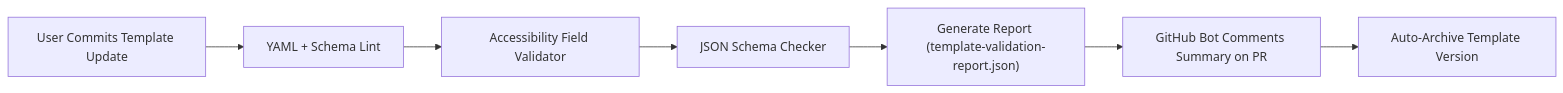
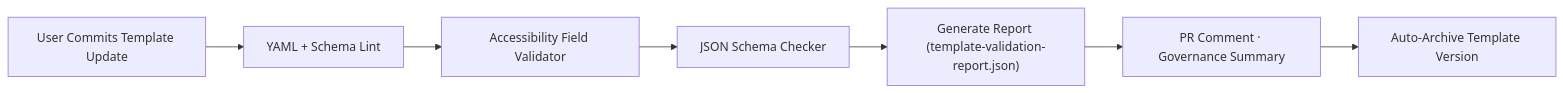
Before and after one commit to bartytime4life/Kansas-Frontier-Matrix: the third of 3 diagrams in docs/design/reviews/ui_components/templates/README.md, drawn with Mermaid. The commit also changed other lines of this file, not shown here.

````diff
--- a/docs/design/reviews/ui_components/templates/README.md
+++ b/docs/design/reviews/ui_components/templates/README.md
@@ -224,9 +225,9 @@
 ```mermaid
 flowchart LR
   U["User Commits Template Update"] --> L["YAML + Schema Lint"]
   L --> A11Y["Accessibility Field Validator"]
   A11Y --> SCH["JSON Schema Checker"]
   SCH --> REP["Generate Report (template-validation-report.json)"]
-  REP --> BOT["GitHub Bot Comments Summary on PR"]
+  REP --> BOT["PR Comment · Governance Summary"]
   BOT --> ARC["Auto-Archive Template Version"]
 ```
````
